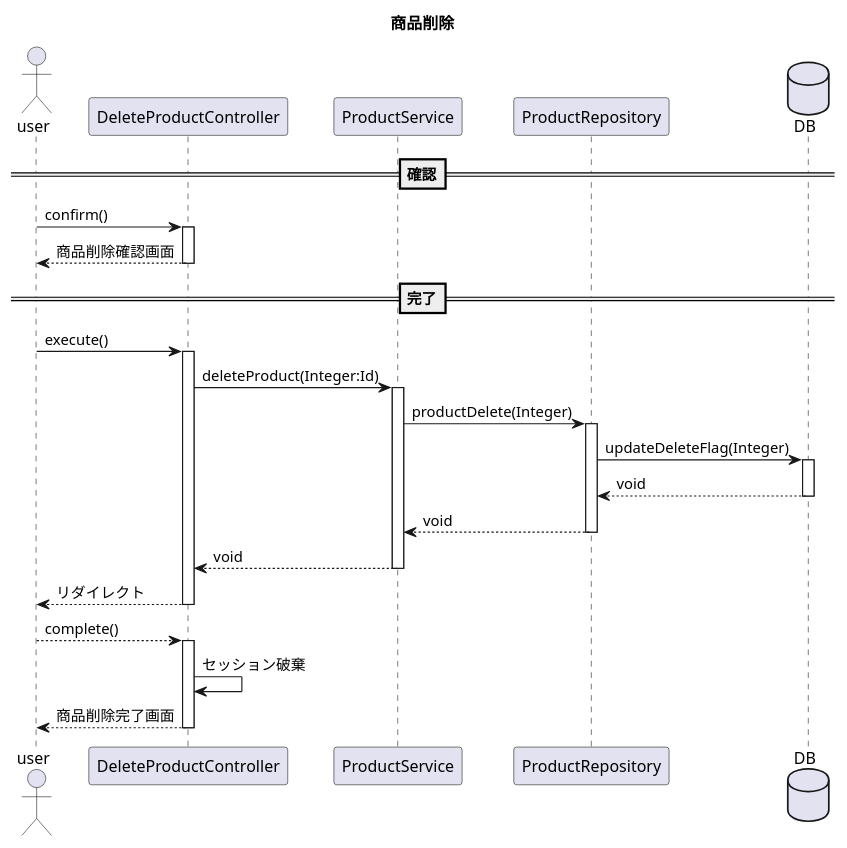
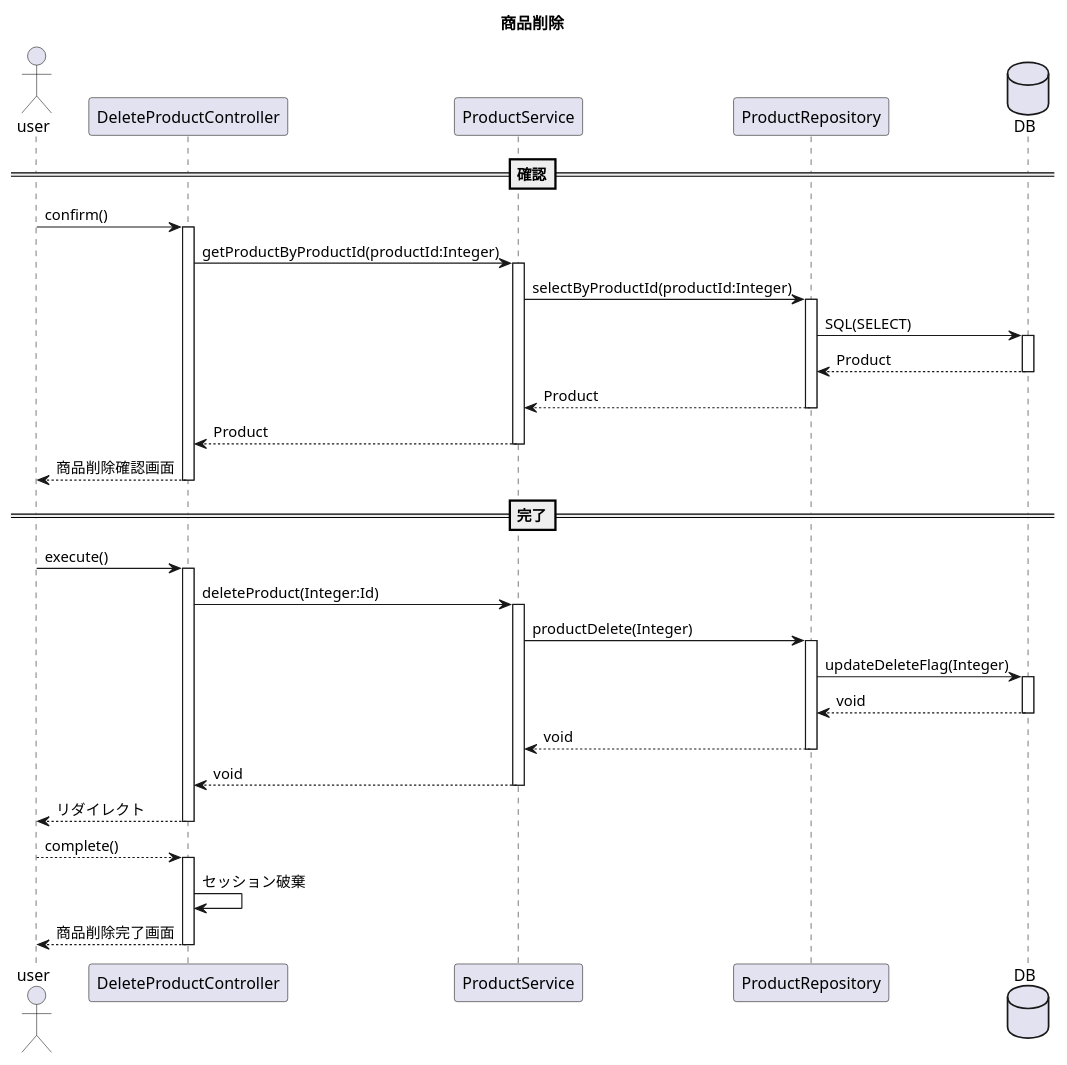
The diagram in plan/uml/sequence/uc013.plantuml (kanavii3333/ec-b), drawn with PlantUML before and after one commit. The commit also changed 2 other files, not shown here.

Commit message:
削除と修正の際にレコードを取ってくるシーケンス図追加

```diff
--- a/plan/uml/sequence/uc013.plantuml
+++ b/plan/uml/sequence/uc013.plantuml
@@ -1,26 +1,32 @@
 @startuml
 title 商品削除
 actor user
 participant DeleteProductController as Controller
 
 participant ProductService as Service
 participant ProductRepository as Repository
 database DB
 
 ==確認==
 user -> Controller++:confirm()
+Controller -> Service++:getProductByProductId(productId:Integer)
+Service -> Repository++:selectByProductId(productId:Integer)
+Repository -> DB++:SQL(SELECT)
+Repository <-- DB--:Product
+Service <-- Repository--:Product
+Controller <-- Service--:Product
 user <-- Controller--:商品削除確認画面
 ==完了==
 user -> Controller++:execute()
 Controller -> Service++:deleteProduct(Integer:Id)
 Service -> Repository++:productDelete(Integer)
 Repository -> DB++:updateDeleteFlag(Integer)
 Repository <-- DB--:void
 Service <-- Repository--:void
 Controller <-- Service--:void
 user <-- Controller--:リダイレクト
 user --> Controller++:complete()
 Controller -> Controller:セッション破棄
 user <-- Controller--:商品削除完了画面
 
 @enduml
```
